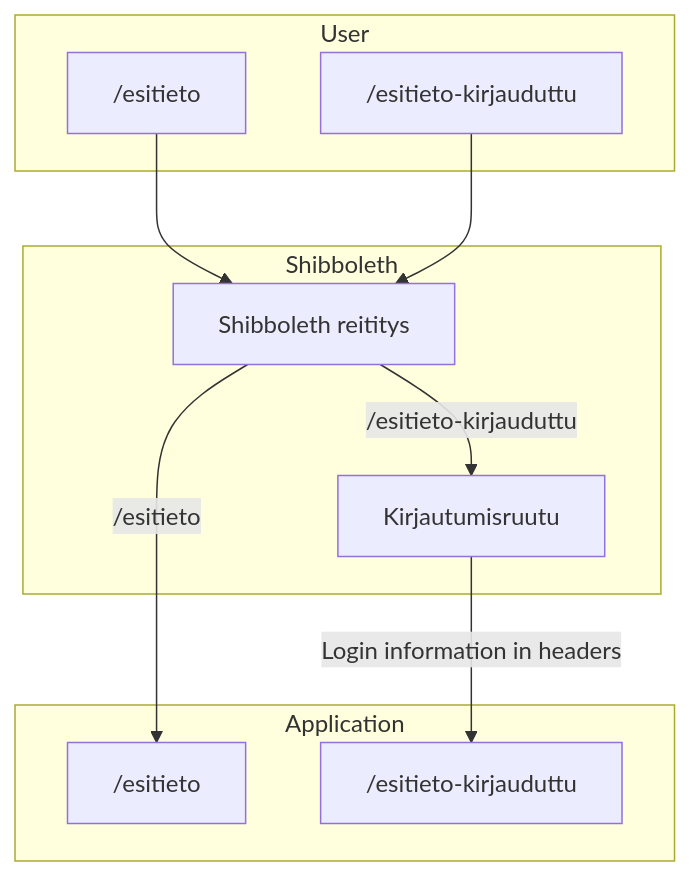
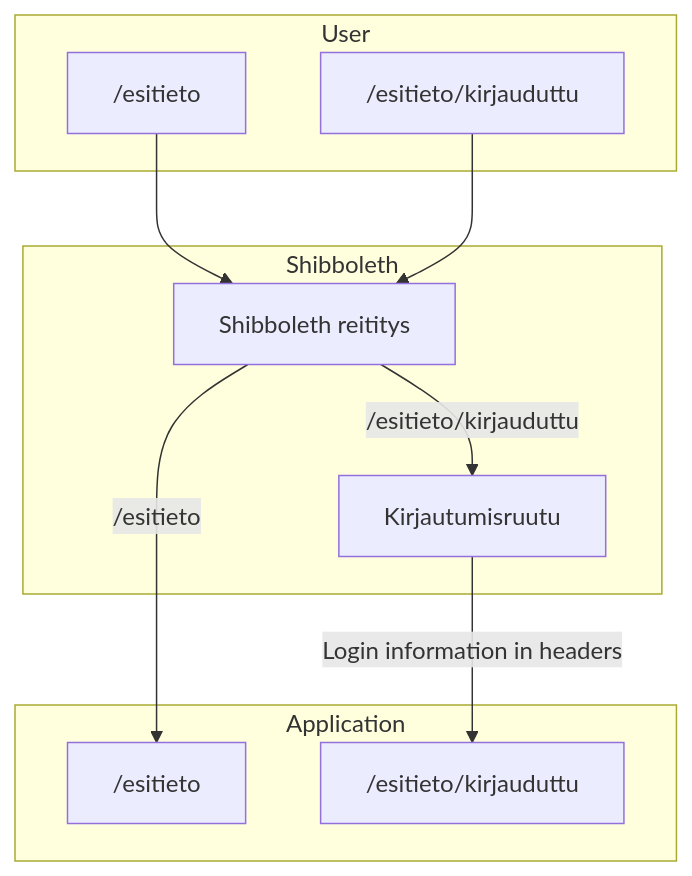
Before and after one commit to UniversityOfHelsinkiCS/esitieto: the diagram in documentation/developer/shibboleth.md, drawn with Mermaid. The commit also changed other lines of this file and 6 other files, not shown here.

````diff
--- a/documentation/developer/shibboleth.md
+++ b/documentation/developer/shibboleth.md
@@ -5,16 +5,16 @@
 ```mermaid
 flowchart TD
     subgraph User
     A["/esitieto"]
-    B["/esitieto-kirjauduttu"]
+    B["/esitieto/kirjauduttu"]
     end
     subgraph Shibboleth
     A --> C[Shibboleth reititys]
     B --> C
-    C --"/esitieto-kirjauduttu"--> E["Kirjautumisruutu"]
+    C --"/esitieto/kirjauduttu"--> E["Kirjautumisruutu"]
     end
     subgraph Application
     C --"/esitieto"--> D["/esitieto"]
-    E --"Login information in headers"--> F["/esitieto-kirjauduttu"]
+    E --"Login information in headers"--> F["/esitieto/kirjauduttu"]
     end
 ```
````
